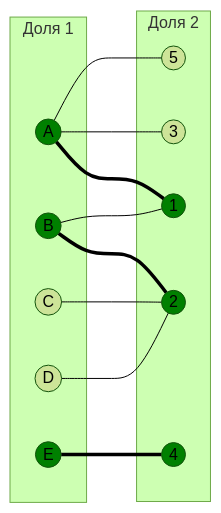
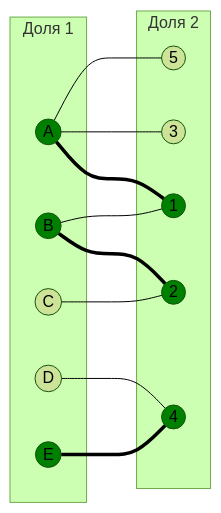
Before and after one commit to algos-ris-24-4/manual-tasks: the fourth of 15 diagrams in Задание 8/programturtles.md, drawn with Mermaid (forest theme). The commit also changed other lines of this file, not shown here.

````diff
--- a/Задание 8/programturtles.md
+++ b/Задание 8/programturtles.md
@@ -162,32 +172,32 @@
 ```mermaid
 graph LR
     subgraph "Доля 1"
         A((A))
         B((B))
         C((C))
         D((D))
         E((E))
     end
     subgraph "Доля 2"
         1((1))
         2((2))
         3((3))
         4((4))
         5((5))
     end
     A === 1
     A --- 3
     A --- 5
     B === 2
     C --- 2
-    D --- 2
+    D --- 4
     E === 4
     B --- 1
 
     style A fill:#008000
     style B fill:#008000
     style E fill:#008000
     style 1 fill:#008000
     style 2 fill:#008000
     style 4 fill:#008000
 ```
````
